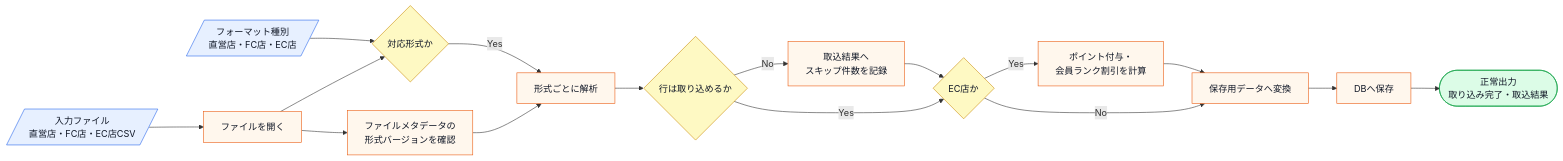
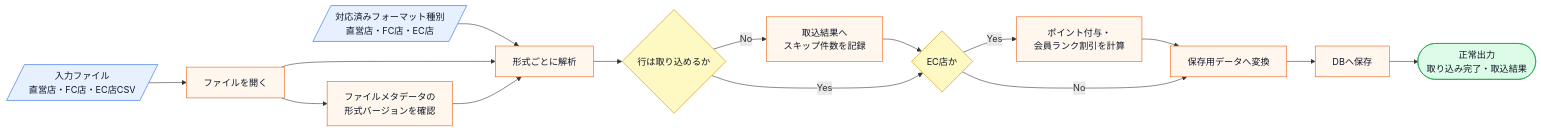
Before and after one commit to kumachan1101-pixel/DesignPattern: the third of 13 diagrams in kindle/design-patterns/output/chapter04.md, drawn with Mermaid. The commit also changed other lines of this file and 20 other files, not shown here.

````diff
--- a/kindle/design-patterns/output/chapter04.md
+++ b/kindle/design-patterns/output/chapter04.md
@@ -590,23 +595,22 @@
 ```mermaid
 flowchart LR
     A[/入力ファイル<br>直営店・FC店・EC店CSV/]:::input --> E[ファイルを開く]:::process
-    C[/フォーマット種別<br>直営店・FC店・EC店/]:::input --> D{対応形式か}:::decision
-    E --> D
+    C[/対応済みフォーマット種別<br>直営店・FC店・EC店/]:::input --> F
     E --> V[ファイルメタデータの<br>形式バージョンを確認]:::process
-    D -->|Yes| F[形式ごとに解析]:::process
+    E --> F[形式ごとに解析]:::process
     V --> F
     F --> R{行は取り込めるか}:::decision
     R -->|No| L[取込結果へ<br>スキップ件数を記録]:::process
     L --> Q
     R -->|Yes| Q{EC店か}:::decision
     Q -->|Yes| P[ポイント付与・<br>会員ランク割引を計算]:::process
     P --> G[保存用データへ変換]:::process
     Q -->|No| G
     G --> S[DBへ保存]:::process
     S --> H([正常出力<br>取り込み完了・取込結果]):::normal
 
     classDef input fill:#e7f0ff,stroke:#2563eb,color:#111827;
     classDef process fill:#fff7ed,stroke:#ea580c,color:#111827;
     classDef decision fill:#fef9c3,stroke:#ca8a04,color:#111827;
     classDef normal fill:#dcfce7,stroke:#16a34a,color:#111827;
 ```
````
